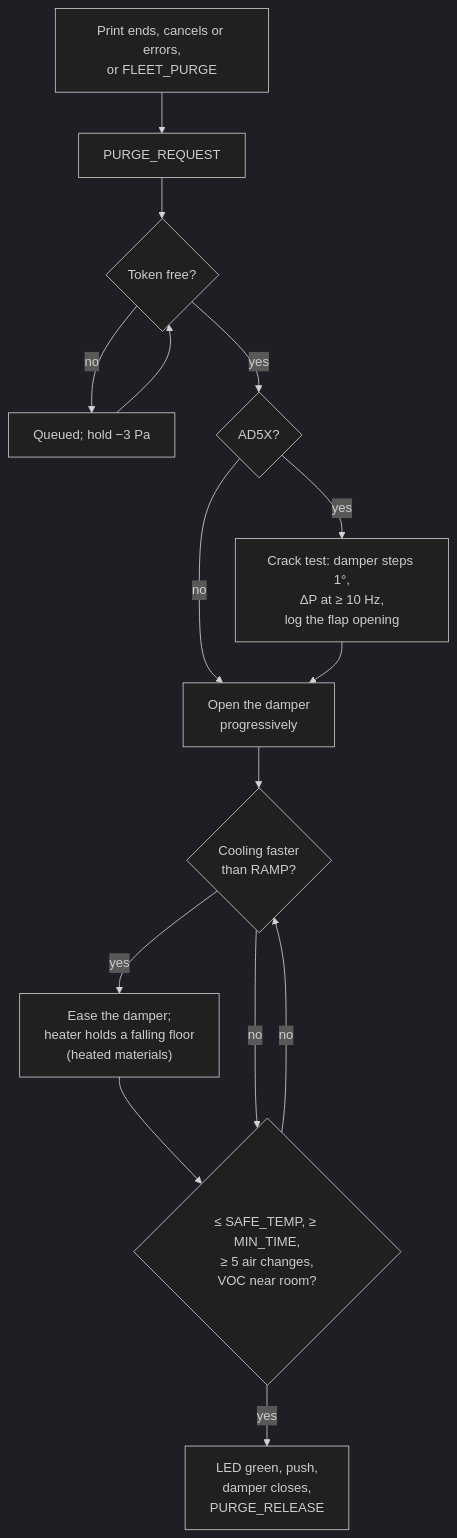
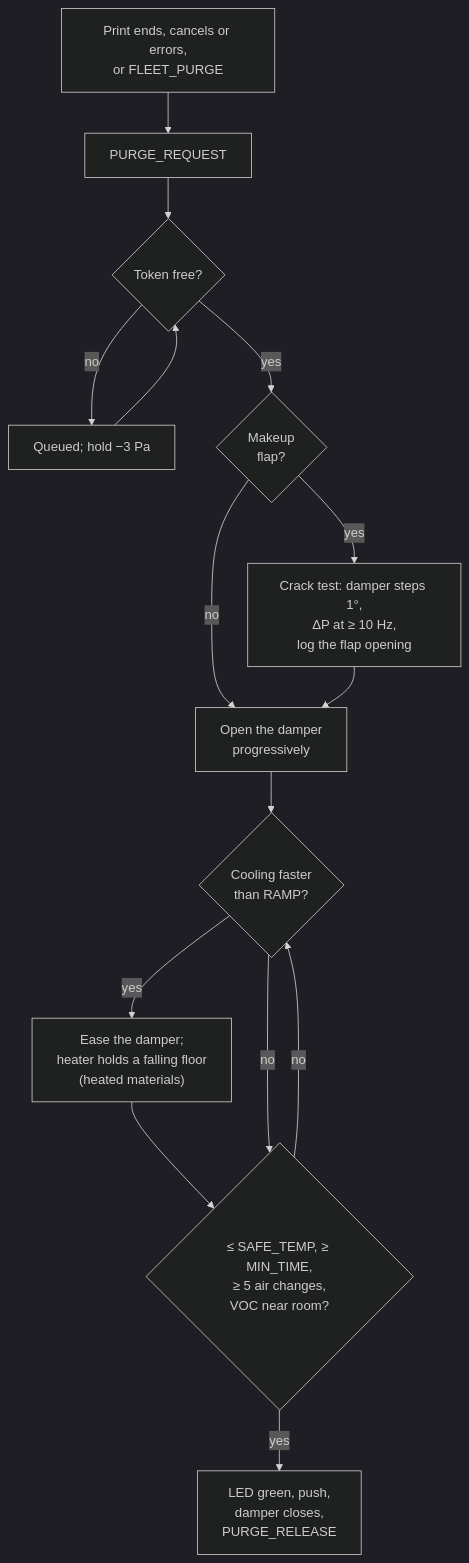
Before and after one commit to BashfulBits/3dp-fleet-exhaust: the eighth of 8 diagrams in docs/06_pneumatics_and_ducting.md, drawn with Mermaid (dark theme). The commit also changed other lines of this file and 40 other files, not shown here.

````diff
--- a/docs/06_pneumatics_and_ducting.md
+++ b/docs/06_pneumatics_and_ducting.md
@@ -296,16 +296,16 @@
 ```mermaid
 flowchart TD
   T["Print ends, cancels or errors,<br>or FLEET_PURGE"] --> RQ["PURGE_REQUEST"]
   RQ --> TK{"Token free?"}
   TK -->|"no"| Q["Queued; hold −3 Pa"] --> TK
-  TK -->|"yes"| CT{"AD5X?"}
+  TK -->|"yes"| CT{"Makeup<br>flap?"}
   CT -->|"yes"| CR["Crack test: damper steps 1°,<br>ΔP at ≥ 10 Hz,<br>log the flap opening"]
   CT -->|"no"| RP["Open the damper<br>progressively"]
   CR --> RP
   RP --> RC{"Cooling faster<br>than RAMP?"}
   RC -->|"yes"| EZ["Ease the damper;<br>heater holds a falling floor<br>(heated materials)"]
   EZ --> EC
   RC -->|"no"| EC{"≤ SAFE_TEMP, ≥ MIN_TIME,<br>≥ 5 air changes,<br>VOC near room?"}
   EC -->|"no"| RC
   EC -->|"yes"| DN["LED green, push,<br>damper closes,<br>PURGE_RELEASE"]
 ```
````
